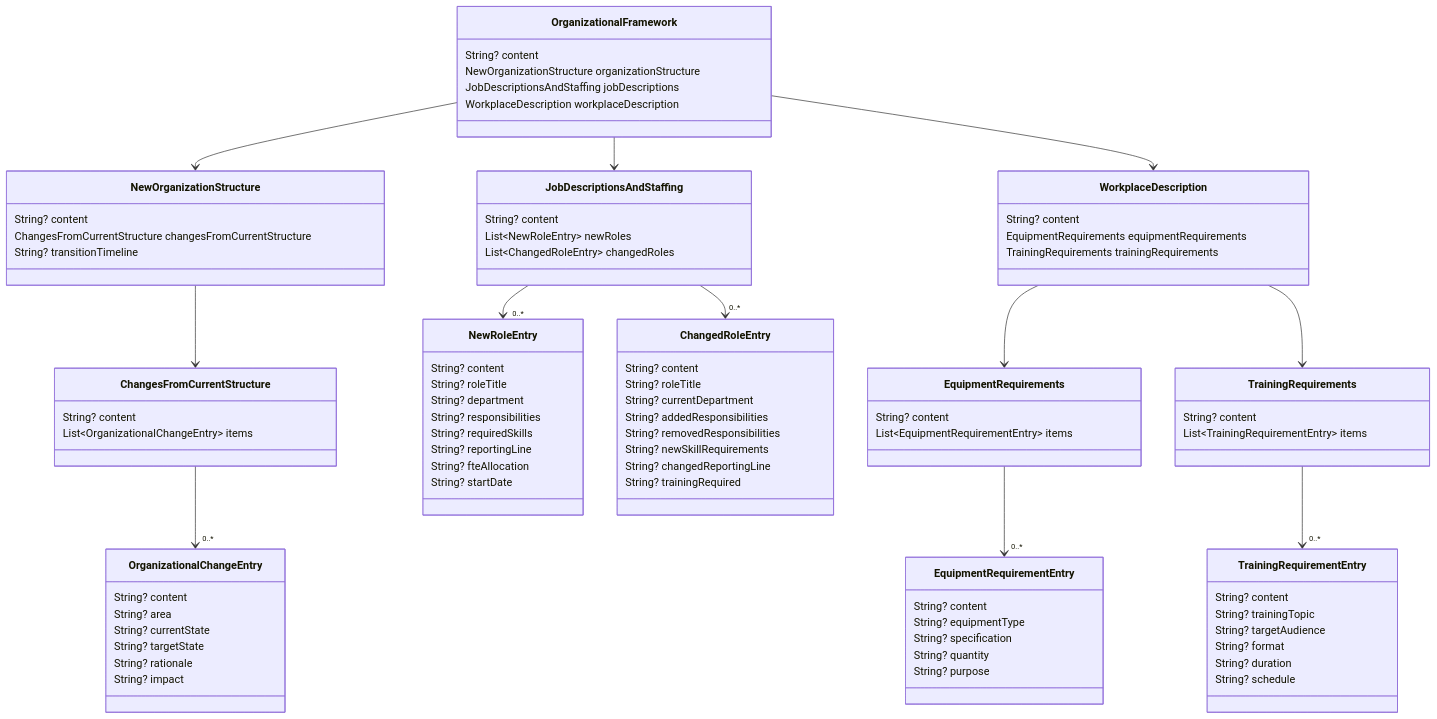
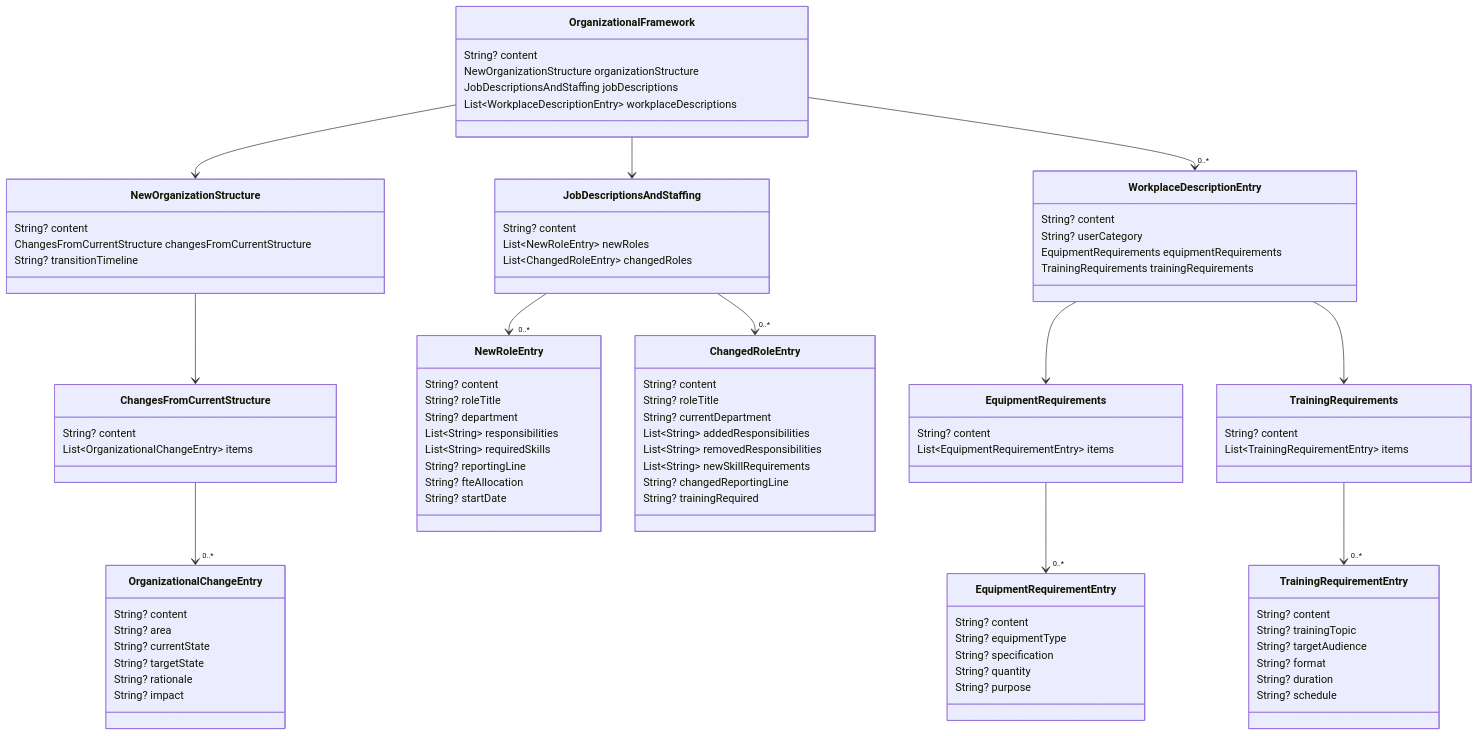
Diagram 13 of 22 in tom_specs_model/doc/pd_project_definition_model.md (al-the-bear/tom_ai_build), drawn with Mermaid before and after one commit. The commit also changed other lines of this file and 15 other files, not shown here.

````diff
--- a/tom_specs_model/doc/pd_project_definition_model.md
+++ b/tom_specs_model/doc/pd_project_definition_model.md
@@ -639,7 +869,7 @@
         String? content
         NewOrganizationStructure organizationStructure
         JobDescriptionsAndStaffing jobDescriptions
-        WorkplaceDescription workplaceDescription
+        List~WorkplaceDescriptionEntry~ workplaceDescriptions
     }
 
     class NewOrganizationStructure {
@@ -672,8 +902,8 @@
         String? content
         String? roleTitle
         String? department
-        String? responsibilities
-        String? requiredSkills
+        List~String~ responsibilities
+        List~String~ requiredSkills
         String? reportingLine
         String? fteAllocation
         String? startDate
@@ -683,15 +913,16 @@
         String? content
         String? roleTitle
         String? currentDepartment
-        String? addedResponsibilities
-        String? removedResponsibilities
-        String? newSkillRequirements
+        List~String~ addedResponsibilities
+        List~String~ removedResponsibilities
+        List~String~ newSkillRequirements
         String? changedReportingLine
         String? trainingRequired
     }
 
-    class WorkplaceDescription {
+    class WorkplaceDescriptionEntry {
         String? content
+        String? userCategory
         EquipmentRequirements equipmentRequirements
         TrainingRequirements trainingRequirements
     }
@@ -725,13 +956,13 @@
 
     OrganizationalFramework --> NewOrganizationStructure
     OrganizationalFramework --> JobDescriptionsAndStaffing
-    OrganizationalFramework --> WorkplaceDescription
+    OrganizationalFramework --> "0..*" WorkplaceDescriptionEntry
     NewOrganizationStructure --> ChangesFromCurrentStructure
     ChangesFromCurrentStructure --> "0..*" OrganizationalChangeEntry
     JobDescriptionsAndStaffing --> "0..*" NewRoleEntry
     JobDescriptionsAndStaffing --> "0..*" ChangedRoleEntry
-    WorkplaceDescription --> EquipmentRequirements
-    WorkplaceDescription --> TrainingRequirements
+    WorkplaceDescriptionEntry --> EquipmentRequirements
+    WorkplaceDescriptionEntry --> TrainingRequirements
     EquipmentRequirements --> "0..*" EquipmentRequirementEntry
     TrainingRequirements --> "0..*" TrainingRequirementEntry
 ```
````
